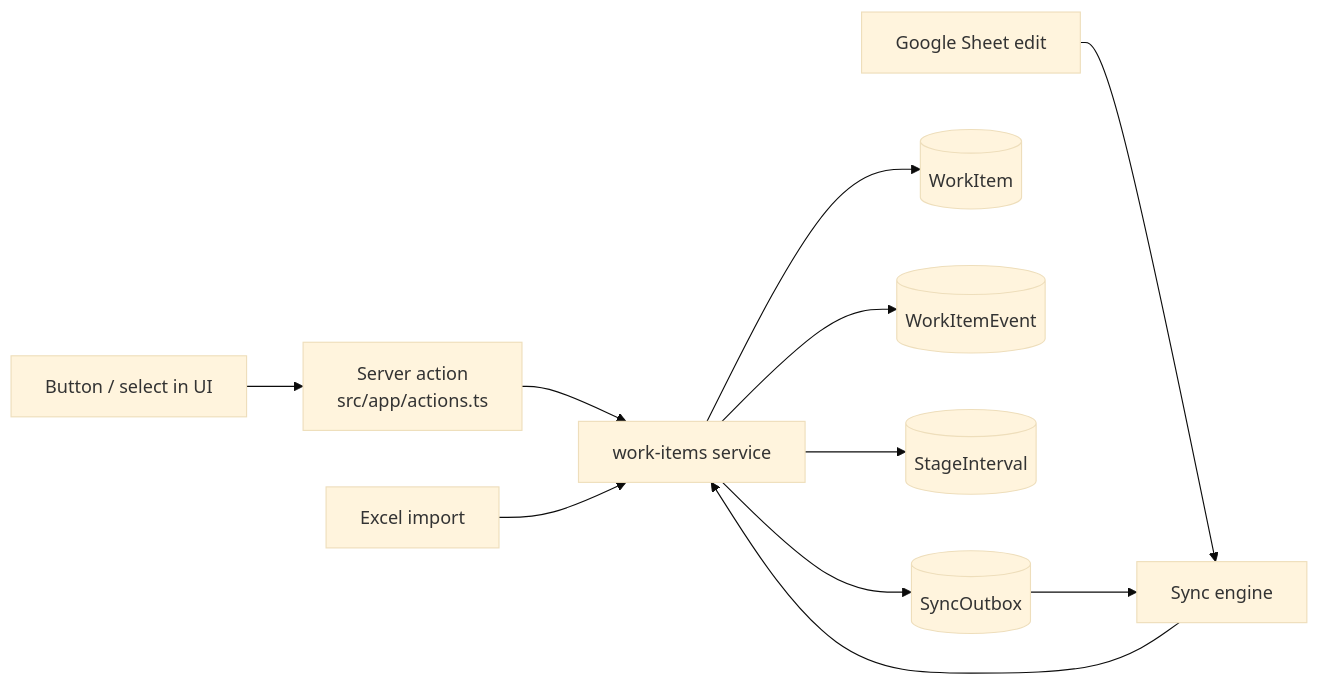
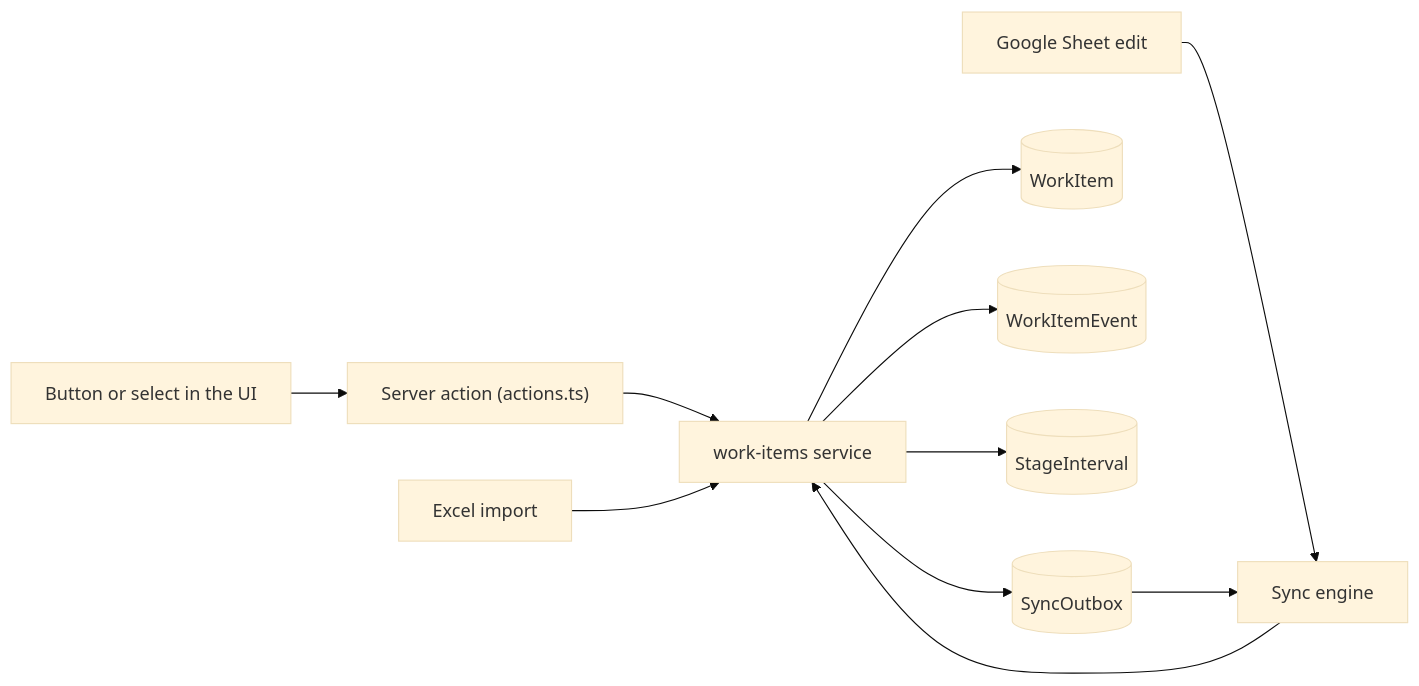
One commit to iamclassrootsjeevanr/classroots-workflow-app changed the diagram in README.md. Above: the diagram before and after it, drawn with Mermaid (base theme).

````diff
--- a/README.md
+++ b/README.md
@@ -270,11 +270,13 @@
 ```mermaid
 flowchart LR
-  UI[Button / select in UI] --> SA[Server action<br/>src/app/actions.ts]
-  SA --> SVC[work-items service]
-  SHEET[Google Sheet edit] --> SYNC[Sync engine] --> SVC
-  IMPORT[Excel import] --> SVC
-  SVC --> ITEM[(WorkItem)]
-  SVC --> EVT[(WorkItemEvent)]
-  SVC --> IV[(StageInterval)]
-  SVC --> OUT[(SyncOutbox)] --> SYNC
+  ui["Button or select in the UI"] --> action["Server action (actions.ts)"]
+  action --> svc["work-items service"]
+  sheet["Google Sheet edit"] --> sync["Sync engine"]
+  sync --> svc
+  xlsx["Excel import"] --> svc
+  svc --> item[("WorkItem")]
+  svc --> evt[("WorkItemEvent")]
+  svc --> iv[("StageInterval")]
+  svc --> outbox[("SyncOutbox")]
+  outbox --> sync
 ```
````
